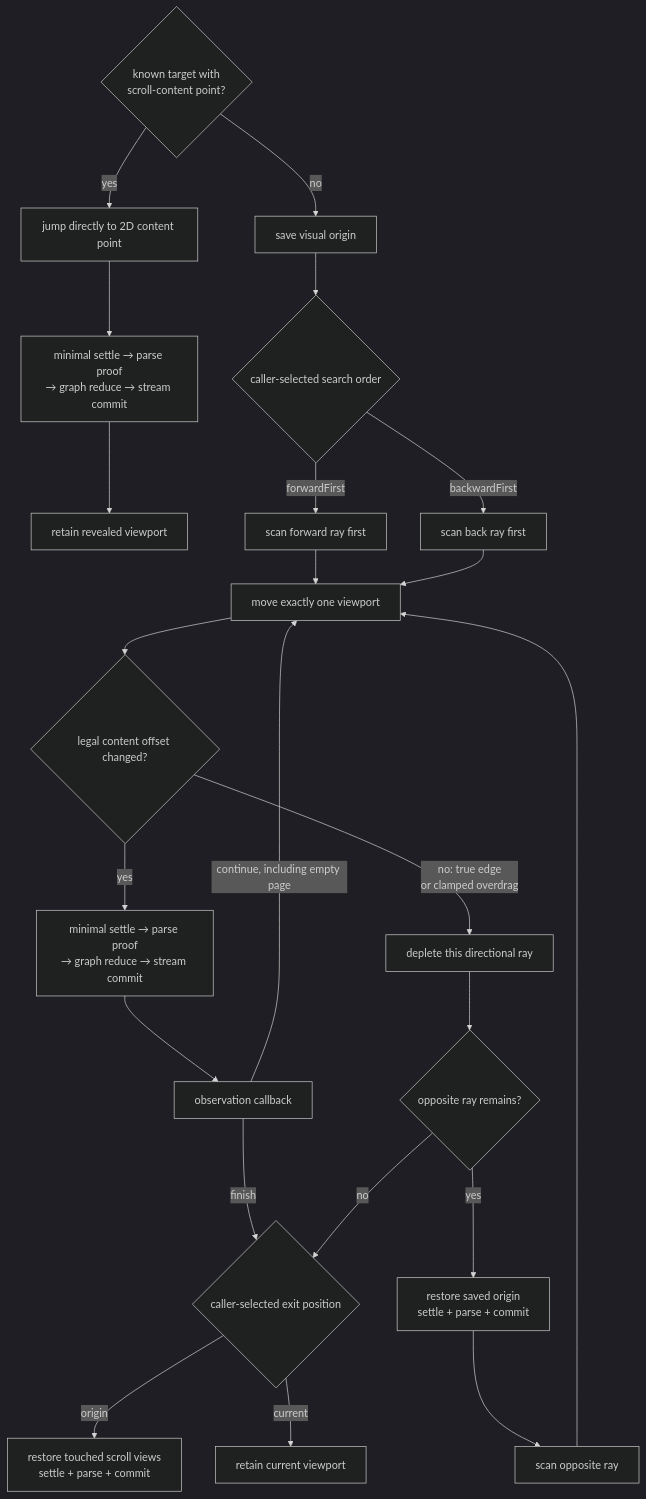
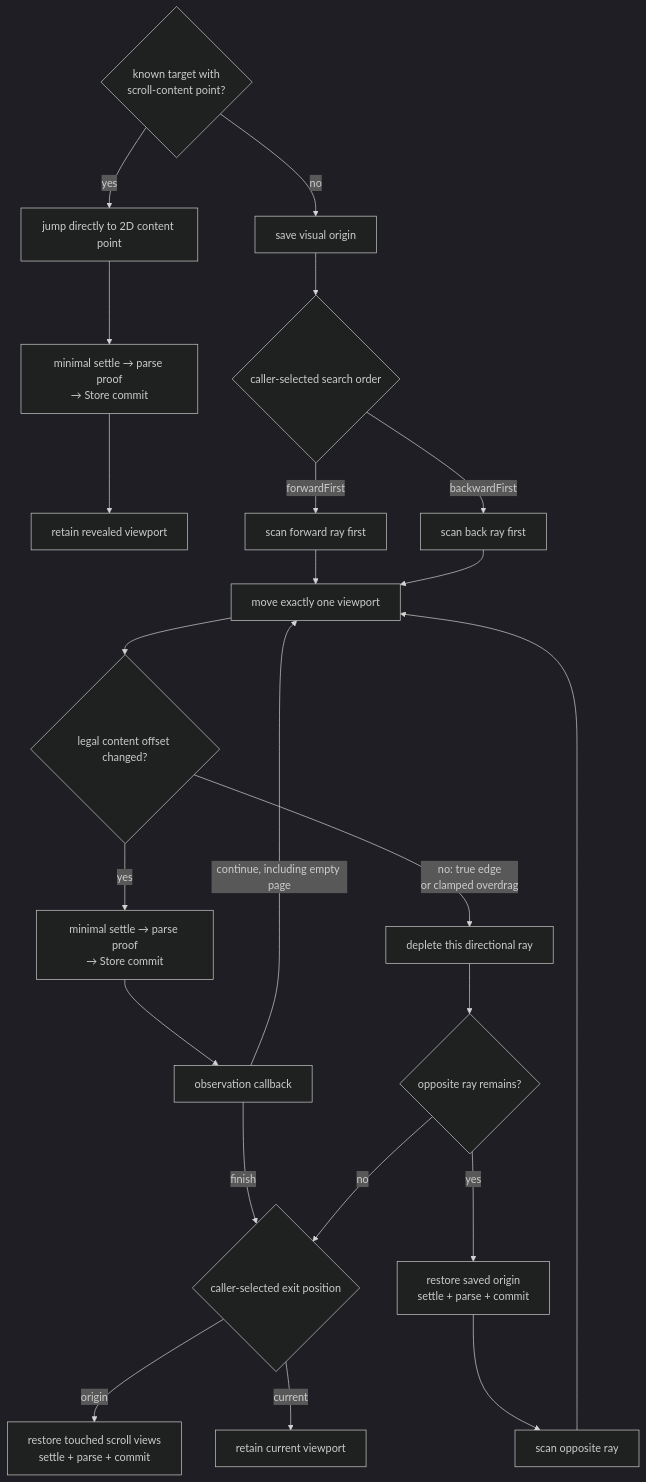
The third of 5 diagrams in docs/diagrams/observation-pipeline.md (RoyalPineapple/TheButtonHeist), drawn with Mermaid (dark theme) before and after one commit. The commit also changed other lines of this file and 47 other files, not shown here.

````diff
--- a/docs/diagrams/observation-pipeline.md
+++ b/docs/diagrams/observation-pipeline.md
@@ -149,25 +143,25 @@
 ```mermaid
 flowchart TD
     Target{"known target with<br/>scroll-content point?"} -->|yes| Direct["jump directly to 2D content point"]
-    Direct --> DirectCommit["minimal settle → parse proof<br/>→ graph reduce → stream commit"]
+    Direct --> DirectCommit["minimal settle → parse proof<br/>→ Store commit"]
     DirectCommit --> RetainKnown["retain revealed viewport"]
     Target -->|no| Save["save visual origin"]
     Save --> Order{"caller-selected search order"}
     Order -->|forwardFirst| FirstForward["scan forward ray first"]
     Order -->|backwardFirst| FirstBack["scan back ray first"]
     FirstForward --> Move["move exactly one viewport"]
     FirstBack --> Move
     Move --> Legal{"legal content offset changed?"}
-    Legal -->|yes| Commit["minimal settle → parse proof<br/>→ graph reduce → stream commit"]
+    Legal -->|yes| Commit["minimal settle → parse proof<br/>→ Store commit"]
     Legal -->|no: true edge<br/>or clamped overdrag| Deplete["deplete this directional ray"]
     Commit --> Callback["observation callback"]
     Callback -->|finish| Finalize{"caller-selected exit position"}
     Callback -->|continue, including empty page| Move
     Deplete --> Opposite{"opposite ray remains?"}
     Opposite -->|yes| RestoreBetween["restore saved origin<br/>settle + parse + commit"]
     RestoreBetween --> OtherRay["scan opposite ray"]
     OtherRay --> Move
     Opposite -->|no| Finalize
     Finalize -->|origin| RestoreAll["restore touched scroll views<br/>settle + parse + commit"]
     Finalize -->|current| Retain["retain current viewport"]
 ```
````
